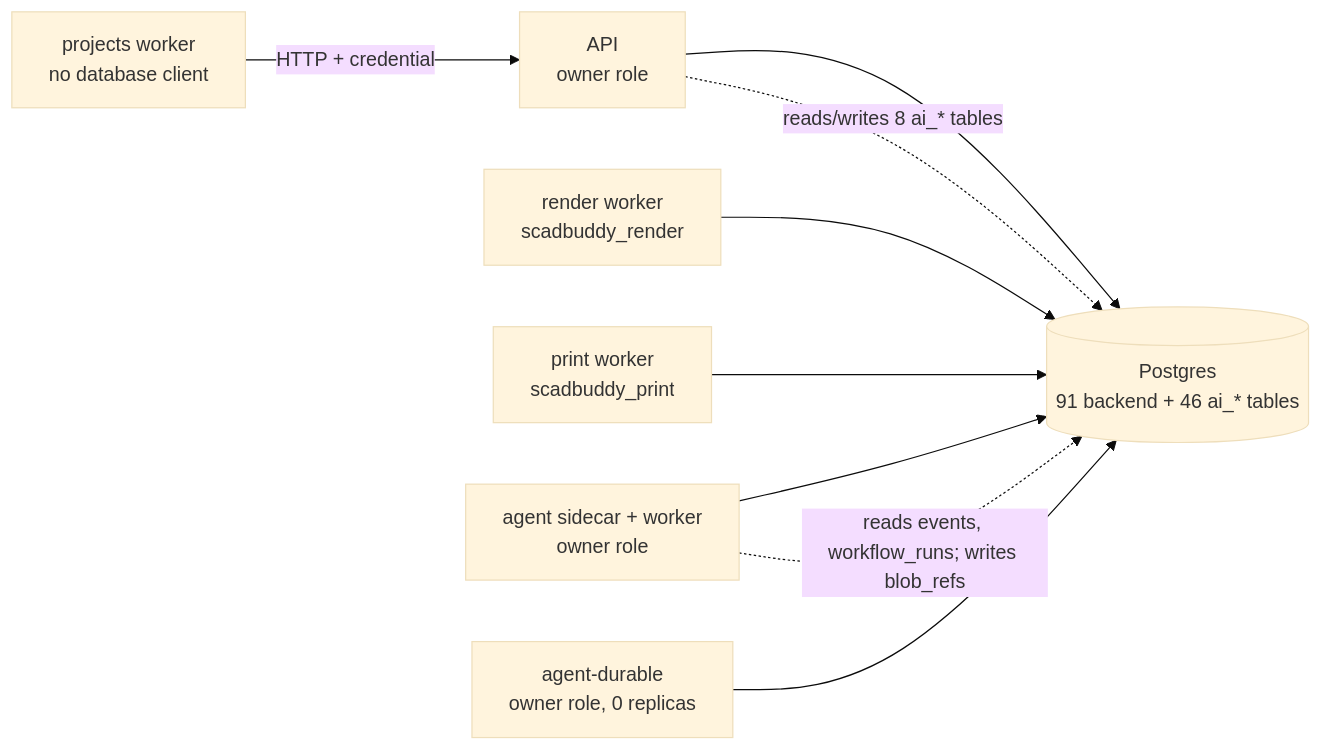
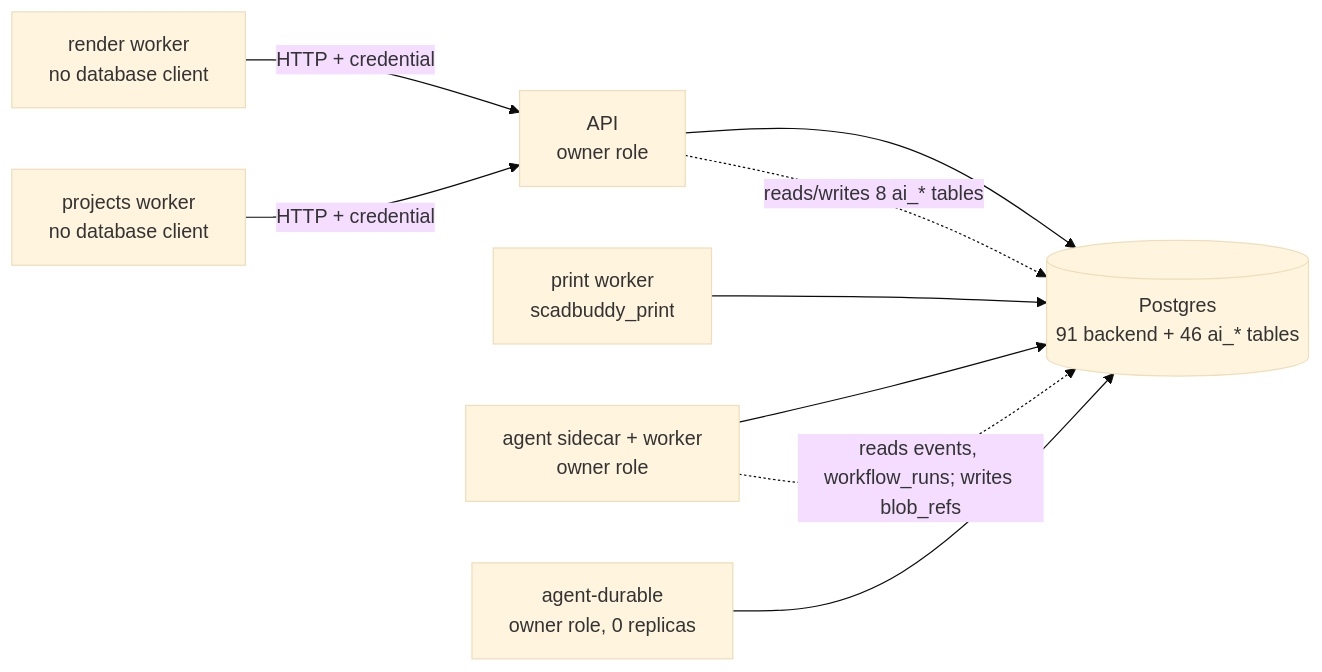
One commit to eh-homelab/ScadBuddy changed the first of 2 diagrams in docs/security/trust-boundaries.md. Above: the diagram before and after it, drawn with Mermaid (base theme). The commit also changed other lines of this file and 16 other files, not shown here.

First line of the commit message:
feat(render): the render worker needs no database (#5298)

````diff
--- a/docs/security/trust-boundaries.md
+++ b/docs/security/trust-boundaries.md
@@ -134,11 +135,11 @@
 ```mermaid
 flowchart LR
   API[API<br/>owner role] --> DB[(Postgres<br/>91 backend + 46 ai_* tables)]
-  R[render worker<br/>scadbuddy_render] --> DB
+  R[render worker<br/>no database client] -- HTTP + credential --> API
   P[print worker<br/>scadbuddy_print] --> DB
   J[projects worker<br/>no database client] -- HTTP + credential --> API
   A[agent sidecar + worker<br/>owner role] --> DB
   D[agent-durable<br/>owner role, 0 replicas] --> DB
   API -.reads/writes 8 ai_* tables.-> DB
   A -.reads events, workflow_runs; writes blob_refs.-> DB
 ```
````
